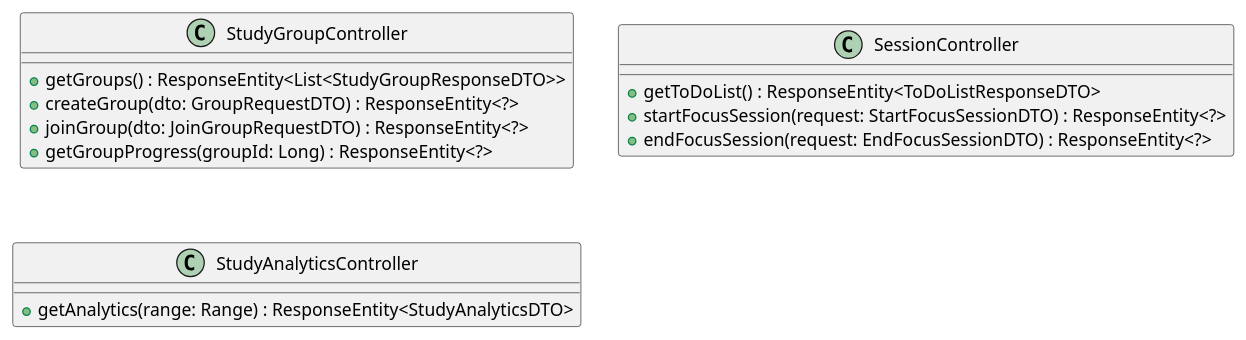
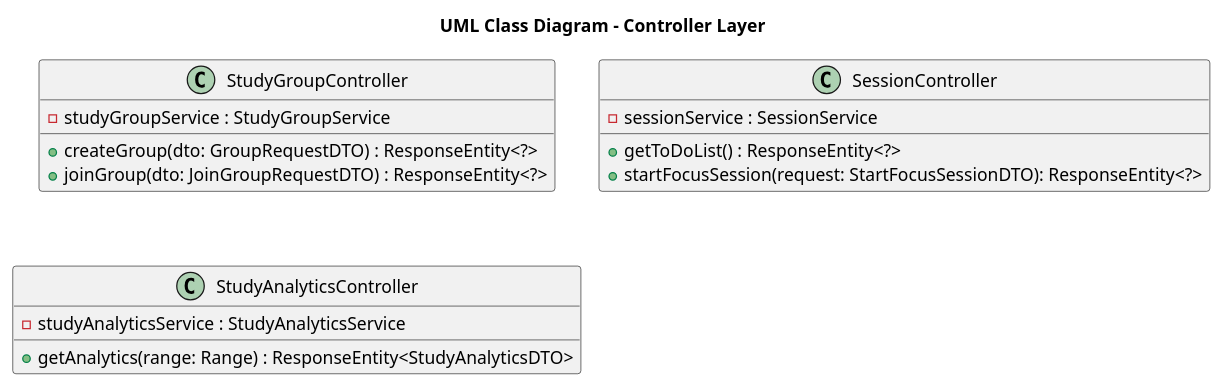
One commit to keerati5003/PlanMate-Diagram changed the diagram in p2/controller.puml. Above: the diagram before and after it, drawn with PlantUML. The commit also changed 3 other files, not shown here.

```diff
--- a/p2/controller.puml
+++ b/p2/controller.puml
@@ -1,20 +1,22 @@
 @startuml
+title UML Class Diagram - Controller Layer
 
 class StudyGroupController {
-    + getGroups() : ResponseEntity<List<StudyGroupResponseDTO>>
+    - studyGroupService : StudyGroupService
     + createGroup(dto: GroupRequestDTO) : ResponseEntity<?>
     + joinGroup(dto: JoinGroupRequestDTO) : ResponseEntity<?>
-    + getGroupProgress(groupId: Long) : ResponseEntity<?>
 }
 
 class SessionController {
-    + getToDoList() : ResponseEntity<ToDoListResponseDTO>
-    + startFocusSession(request: StartFocusSessionDTO) : ResponseEntity<?>
-    + endFocusSession(request: EndFocusSessionDTO) : ResponseEntity<?>
+    - sessionService : SessionService
+    + getToDoList() : ResponseEntity<?>
+    + startFocusSession(request: StartFocusSessionDTO): ResponseEntity<?>
 }
 
+
 class StudyAnalyticsController {
+    - studyAnalyticsService : StudyAnalyticsService
     + getAnalytics(range: Range) : ResponseEntity<StudyAnalyticsDTO>
 }
 
 @enduml
```
